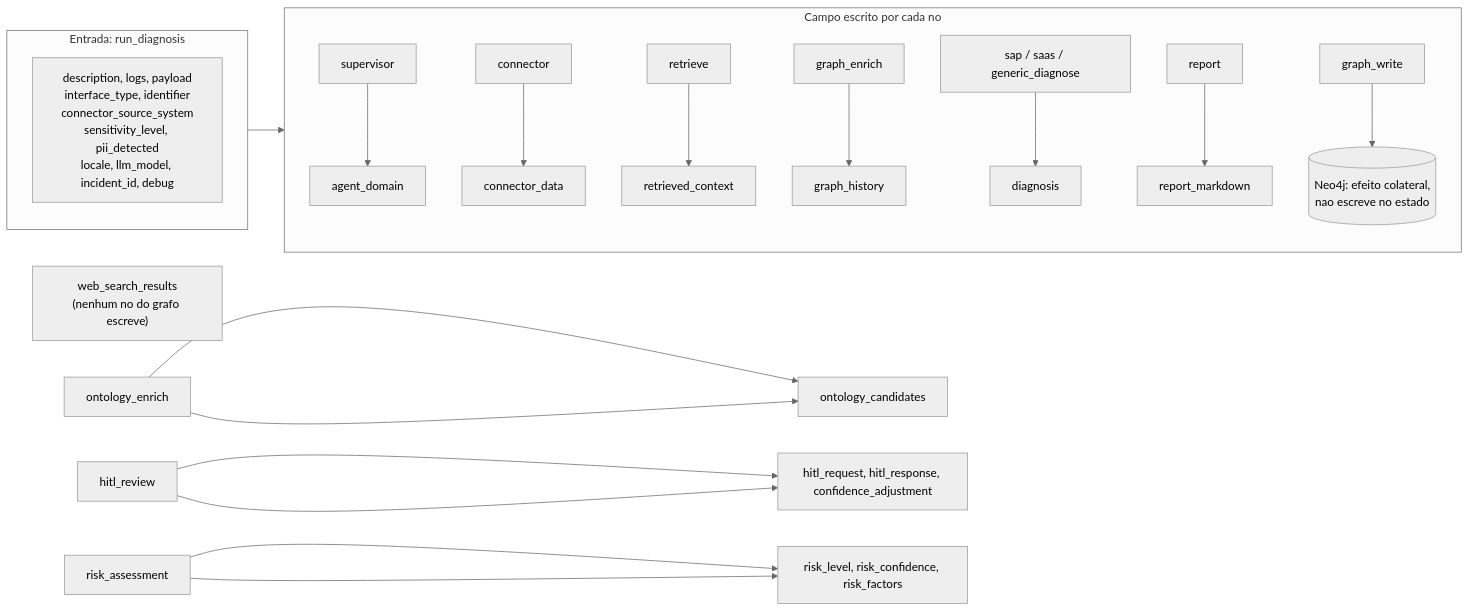
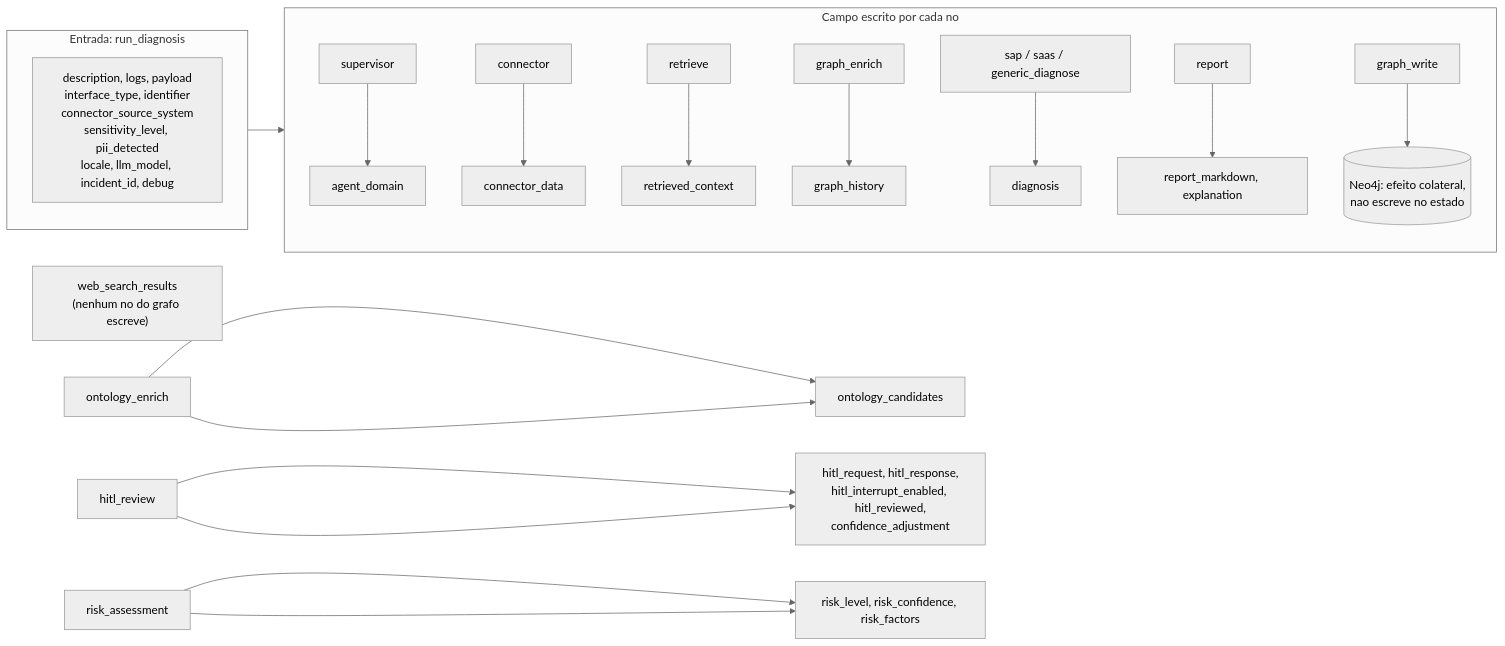
Before and after one commit to marcos-slima/integration-incident-copilot: the fifth of 15 diagrams in docs/ARCHITECTURE.md, drawn with Mermaid (neutral theme). The commit also changed 16 other files, not shown here.

First line of the commit message:
fix(DA-75/76/83): HITL nativo, /review por Command(resume) e campos de resposta

````diff
--- a/docs/ARCHITECTURE.md
+++ b/docs/ARCHITECTURE.md
@@ -209,23 +209,23 @@
 ```mermaid
 flowchart LR
     subgraph entrada["Entrada: run_diagnosis"]
         e1["description, logs, payload<br/>interface_type, identifier<br/>connector_source_system<br/>sensitivity_level, pii_detected<br/>locale, llm_model, incident_id, debug"]
     end
     subgraph nos["Campo escrito por cada no"]
         sup["supervisor"] --> s1["agent_domain"]
         con["connector"] --> s2["connector_data"]
         ret["retrieve"] --> s3["retrieved_context"]
         gen["graph_enrich"] --> s4["graph_history"]
         dia["sap / saas / generic_diagnose"] --> s5["diagnosis"]
-        rep["report"] --> s6["report_markdown"]
+        rep["report"] --> s6["report_markdown, explanation"]
         gw["graph_write"] --> n4j[("Neo4j: efeito colateral,<br/>nao escreve no estado")]
     end
     morto["web_search_results<br/>(nenhum no do grafo escreve)"]
     ont["ontology_enrich"] --> s7["ontology_candidates"]
-    hitl["hitl_review"] --> s8["hitl_request, hitl_response, confidence_adjustment"]
+    hitl["hitl_review"] --> s8["hitl_request, hitl_response,<br/>hitl_interrupt_enabled, hitl_reviewed,<br/>confidence_adjustment"]
     risk["risk_assessment"] --> s9["risk_level, risk_confidence, risk_factors"]
     entrada --> nos
     ont --> s7
     hitl --> s8
     risk --> s9
 ```
````
